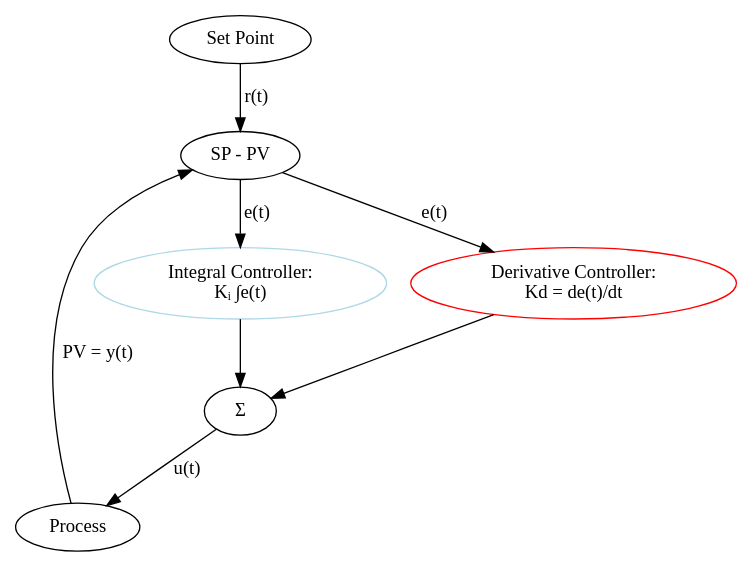
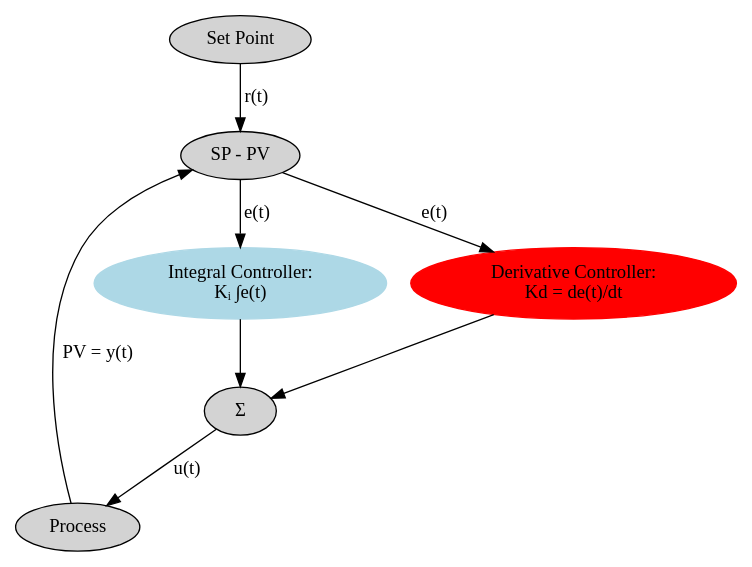
The diagram in pid-dotfiles/id-controller.dot (brain-fuel-co/feedback), drawn with Graphviz before and after one commit. The commit also changed 8 other files, not shown here.

```diff
--- a/pid-dotfiles/id-controller.dot
+++ b/pid-dotfiles/id-controller.dot
@@ -1,16 +1,17 @@
 digraph ID {
+    node [style=filled];
     SP [label="Set Point"];
     PR [label="Process"];
     S1 [label="SP - PV"];
     I  [color=lightblue,label="Integral Controller:\nKᵢ ∫e(t)"];
     D  [color=red,label="Derivative Controller:\nKd = de(t)/dt"];
     S2 [label="Σ"];
 
     SP -> S1 [label="r(t)"];
     PR -> S1 [label="PV = y(t)"];
     S1 -> I  [label="e(t)"];
     S1 -> D  [label="e(t)"];
     I  -> S2;
     D  -> S2;
     S2 -> PR [label="u(t)"];
 }
```
